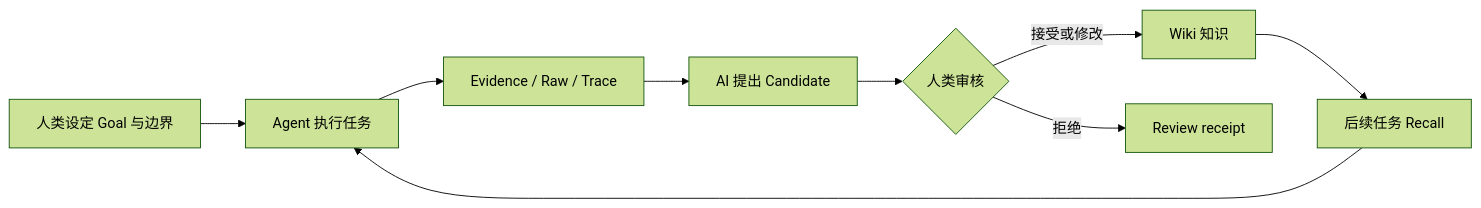
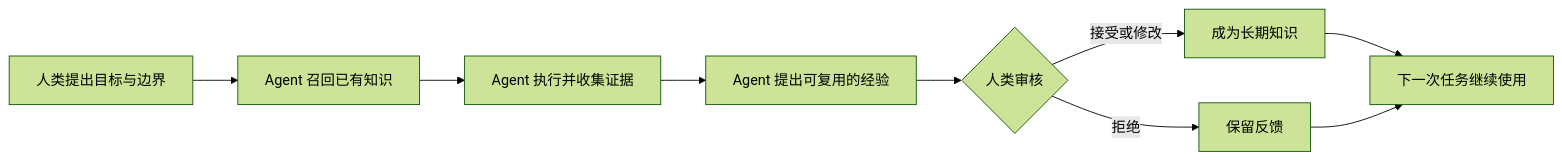
The diagram in docs/index.md (1263-ux/open-knowledge-studio), drawn with Mermaid (forest theme) before and after one commit. The commit also changed other lines of this file and 22 other files, not shown here.

````diff
--- a/docs/index.md
+++ b/docs/index.md
@@ -45,11 +45,11 @@
 ```mermaid
 flowchart LR
-    H1["人类设定 Goal 与边界"] --> A1["Agent 执行任务"]
-    A1 --> E["Evidence / Raw / Trace"]
-    E --> C["AI 提出 Candidate"]
+    H1["人类提出目标与边界"] --> R["Agent 召回已有知识"]
+    R --> A["Agent 执行并收集证据"]
+    A --> C["Agent 提出可复用的经验"]
     C --> H2{"人类审核"}
-    H2 -->|接受或修改| W["Wiki 知识"]
-    H2 -->|拒绝| R["Review receipt"]
-    W --> Q["后续任务 Recall"]
-    Q --> A1
+    H2 -->|接受或修改| K["成为长期知识"]
+    H2 -->|拒绝| F["保留反馈"]
+    K --> N["下一次任务继续使用"]
+    F --> N
 ```
````
